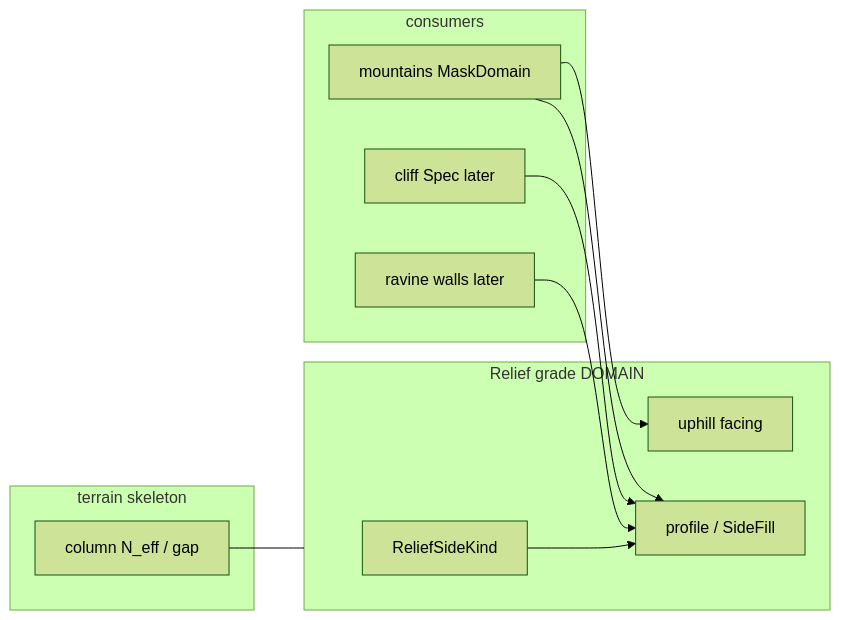
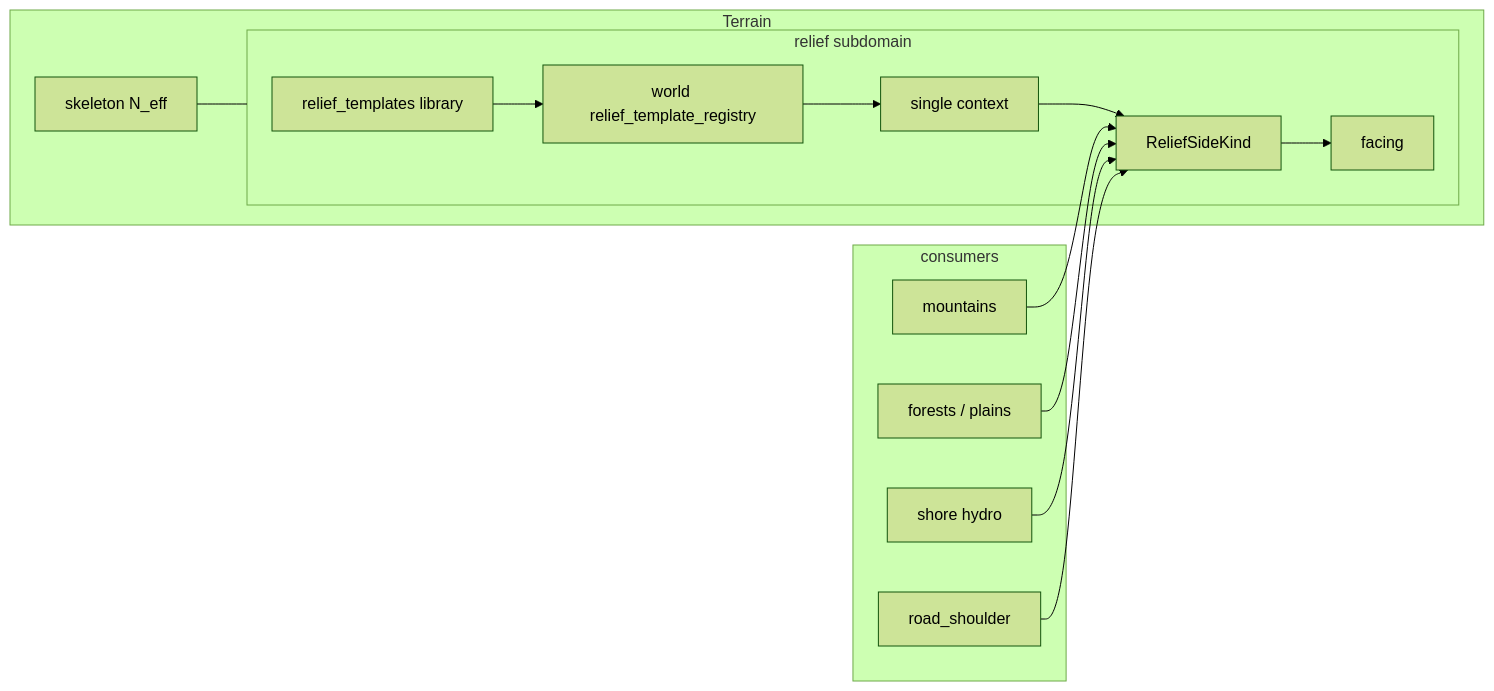
One commit to AndrewBondaren/AI-Project changed the diagram in docs/tz_terrain_relief.md. Above: the diagram before and after it, drawn with Mermaid (forest theme). The commit also changed other lines of this file and 7 other files, not shown here.

````diff
--- a/docs/tz_terrain_relief.md
+++ b/docs/tz_terrain_relief.md
@@ -93,22 +760,28 @@
 ```mermaid
 flowchart LR
-  subgraph terrain_core [terrain skeleton]
-    Col[column N_eff / gap]
-  end
-  subgraph relief [Relief grade DOMAIN]
-    Kind[ReliefSideKind]
-    Prof[profile / SideFill]
-    Face[uphill facing]
+  subgraph terrainUmbrella [Terrain]
+    Col[skeleton N_eff]
+    subgraph relief [relief subdomain]
+      Lib[relief_templates library]
+      Reg[world relief_template_registry]
+      Ctx[single context]
+      Kind[ReliefSideKind]
+      Face[facing]
+    end
   end
   subgraph consumers [consumers]
-    Mtn[mountains MaskDomain]
-    Clf[cliff Spec later]
-    Rav[ravine walls later]
+    Mtn[mountains]
+    For[forests / plains]
+    Hyd[shore hydro]
+    Rd[road_shoulder]
   end
+  Lib --> Reg
+  Reg --> Ctx
+  Ctx --> Kind
+  Kind --> Face
   Col --- relief
-  Kind --> Prof
-  Mtn --> Prof
-  Mtn --> Face
-  Clf --> Prof
-  Rav --> Prof
+  Mtn --> Kind
+  For --> Kind
+  Hyd --> Kind
+  Rd --> Kind
 ```
````
